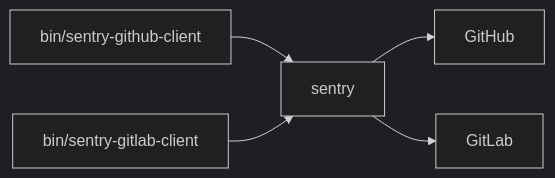
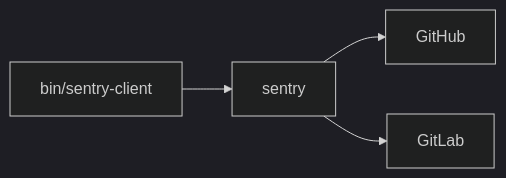
Before and after one commit to getsentry/scm-platform: the second of 2 diagrams in README.md, drawn with Mermaid (dark theme). The commit also changed other lines of this file and 5 other files, not shown here.

````diff
--- a/README.md
+++ b/README.md
@@ -67,7 +66,6 @@
 ```mermaid
 flowchart LR
-    bin/sentry-github-client --> sentry
-    bin/sentry-gitlab-client --> sentry
+    bin/sentry-client --> sentry
     sentry --> GitHub
     sentry --> GitLab
 ```
````
